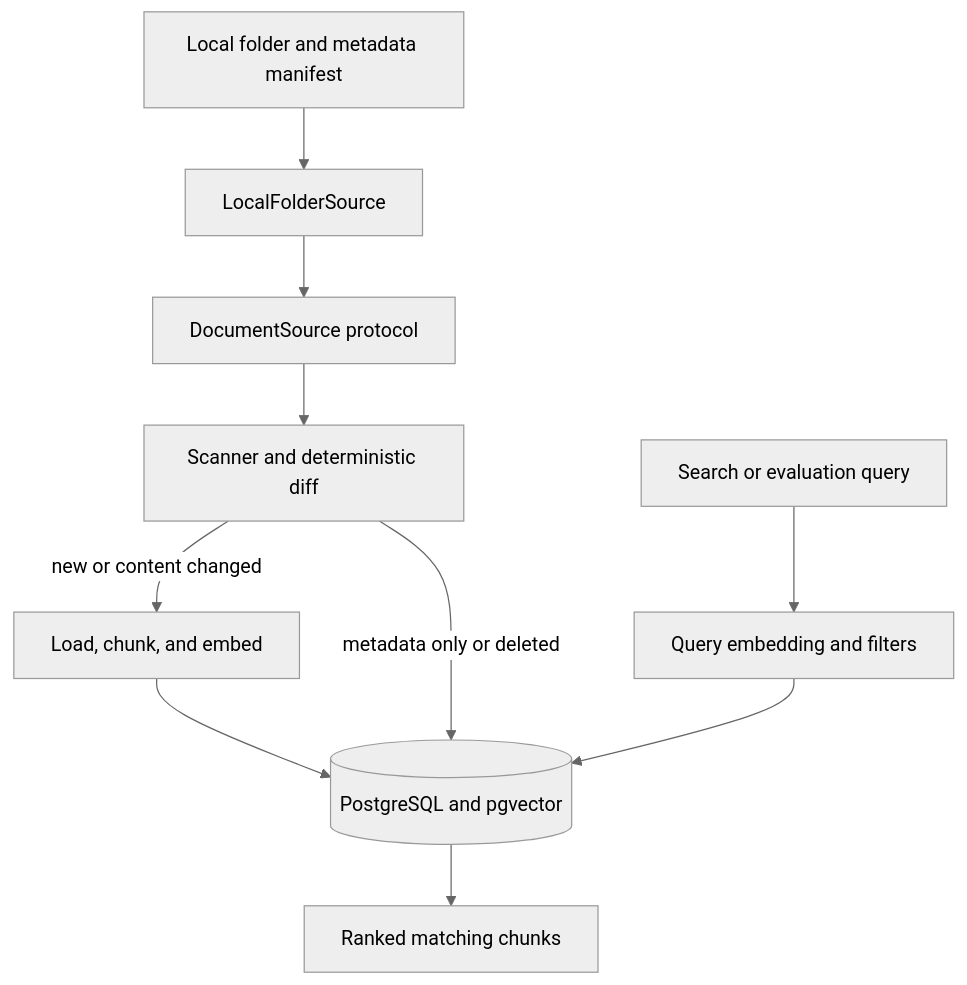
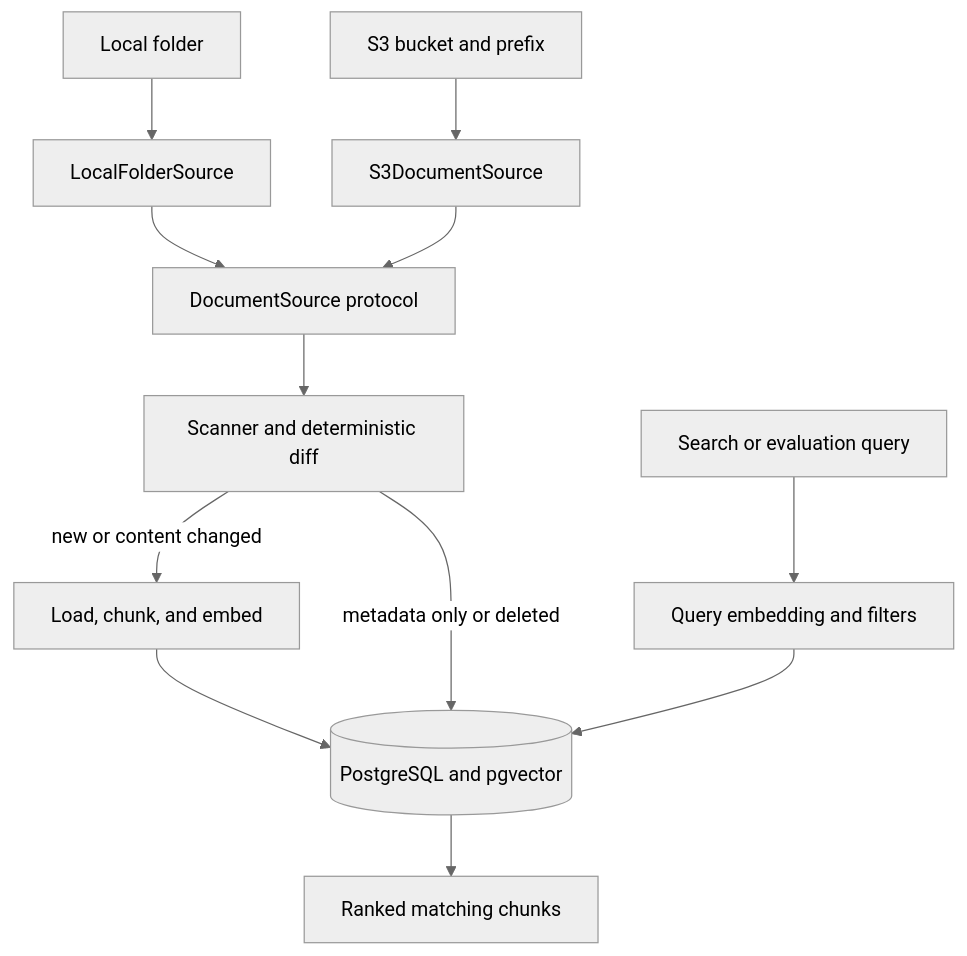
Before and after one commit to Manjunatha184/ragpipe: the diagram in README.md, drawn with Mermaid (neutral theme). The commit also changed other lines of this file and 10 other files, not shown here.

Commit message:
Add Amazon S3 document source

````diff
--- a/README.md
+++ b/README.md
@@ -39,12 +40,14 @@
 ```mermaid
 flowchart TD
-    L[Local folder and metadata manifest] --> S[LocalFolderSource]
-    S --> P[DocumentSource protocol]
+    L[Local folder] --> LS[LocalFolderSource]
+    O[S3 bucket and prefix] --> SS[S3DocumentSource]
+    LS --> P[DocumentSource protocol]
+    SS --> P
     P --> B[Scanner and deterministic diff]
     B -->|new or content changed| C[Load, chunk, and embed]
     C --> D[(PostgreSQL and pgvector)]
     B -->|metadata only or deleted| D
     Q[Search or evaluation query] --> E[Query embedding and filters]
     E --> D
     D --> R[Ranked matching chunks]
 ```
````
